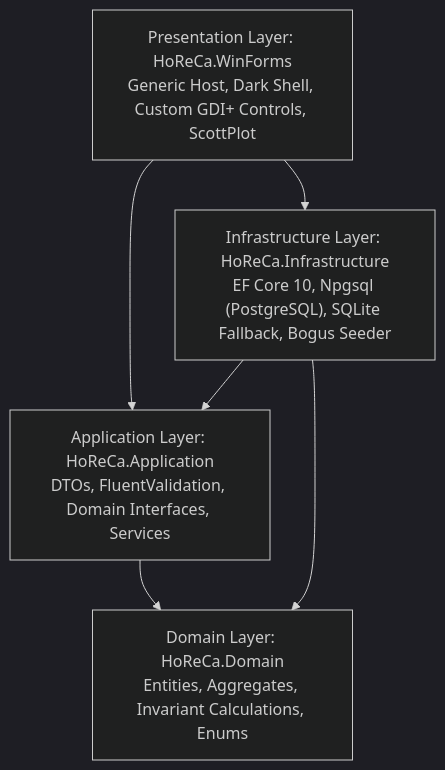
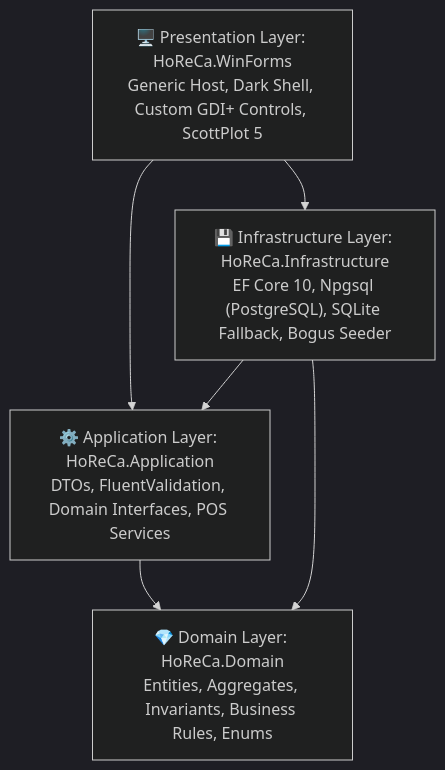
Before and after one commit to MrTomkaYurii/WinForms-HoReCa-Mastery: the first of 3 diagrams in README.md, drawn with Mermaid (dark theme). The commit also changed other lines of this file, not shown here.

Commit message:
docs(readme): Overhaul master README into Ukrainian curriculum portal with C4 diagrams, ERD, and lesson catalog

````diff
--- a/README.md
+++ b/README.md
@@ -11,13 +24,13 @@
 ```mermaid
 graph TD
-    UI["Presentation Layer: HoReCa.WinForms<br/>Generic Host, Dark Shell, Custom GDI+ Controls, ScottPlot"]
-    INFRA["Infrastructure Layer: HoReCa.Infrastructure<br/>EF Core 10, Npgsql (PostgreSQL), SQLite Fallback, Bogus Seeder"]
-    APP["Application Layer: HoReCa.Application<br/>DTOs, FluentValidation, Domain Interfaces, Services"]
-    DOMAIN["Domain Layer: HoReCa.Domain<br/>Entities, Aggregates, Invariant Calculations, Enums"]
+    UI["🖥️ Presentation Layer: HoReCa.WinForms<br/>Generic Host, Dark Shell, Custom GDI+ Controls, ScottPlot 5"]
+    INFRA["💾 Infrastructure Layer: HoReCa.Infrastructure<br/>EF Core 10, Npgsql (PostgreSQL), SQLite Fallback, Bogus Seeder"]
+    APP["⚙️ Application Layer: HoReCa.Application<br/>DTOs, FluentValidation, Domain Interfaces, POS Services"]
+    DOMAIN["💎 Domain Layer: HoReCa.Domain<br/>Entities, Aggregates, Invariants, Business Rules, Enums"]
 
     UI --> APP
     UI --> INFRA
     INFRA --> APP
     INFRA --> DOMAIN
     APP --> DOMAIN
 ```
````
